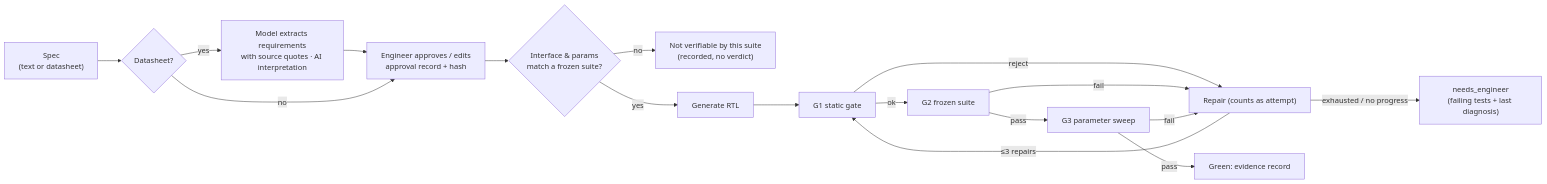
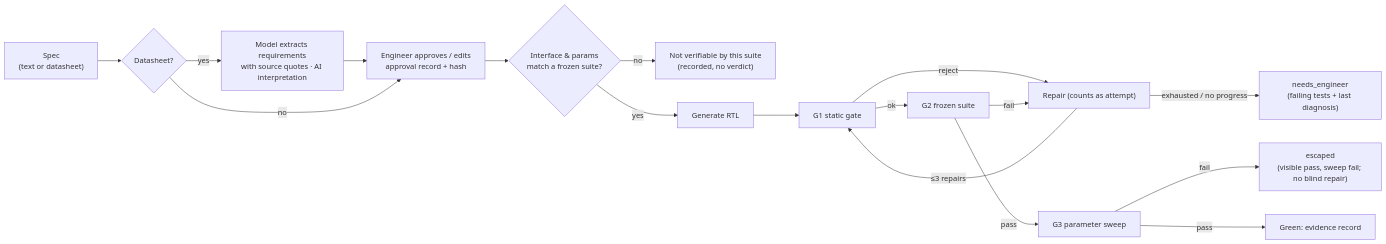
The second of 5 diagrams in docs/architecture/02-target-system-architecture.md (GLAZERadr/DaVINCI-Silicon), drawn with Mermaid before and after one commit. The commit also changed other lines of this file and 3 other files, not shown here.

````diff
--- a/docs/architecture/02-target-system-architecture.md
+++ b/docs/architecture/02-target-system-architecture.md
@@ -74,19 +74,19 @@
 ```mermaid
 flowchart LR
   S["Spec<br/>(text or datasheet)"] --> X{"Datasheet?"}
   X -->|yes| E["Model extracts requirements<br/>with source quotes · AI interpretation"]
   E --> H["Engineer approves / edits<br/>approval record + hash"]
   X -->|no| H
   H --> IG{"Interface & params<br/>match a frozen suite?"}
   IG -->|no| NV["Not verifiable by this suite<br/>(recorded, no verdict)"]
   IG -->|yes| G["Generate RTL"]
   G --> GT["G1 static gate"]
   GT -->|reject| R["Repair (counts as attempt)"]
   GT -->|ok| V["G2 frozen suite"]
   V -->|fail| R
   V -->|pass| P["G3 parameter sweep"]
-  P -->|fail| R
+  P -->|fail| ESC["escaped<br/>(visible pass, sweep fail; no blind repair)"]
   P -->|pass| OK["Green: evidence record"]
   R -->|≤3 repairs| GT
   R -->|exhausted / no progress| NE["needs_engineer<br/>(failing tests + last diagnosis)"]
 ```
````
